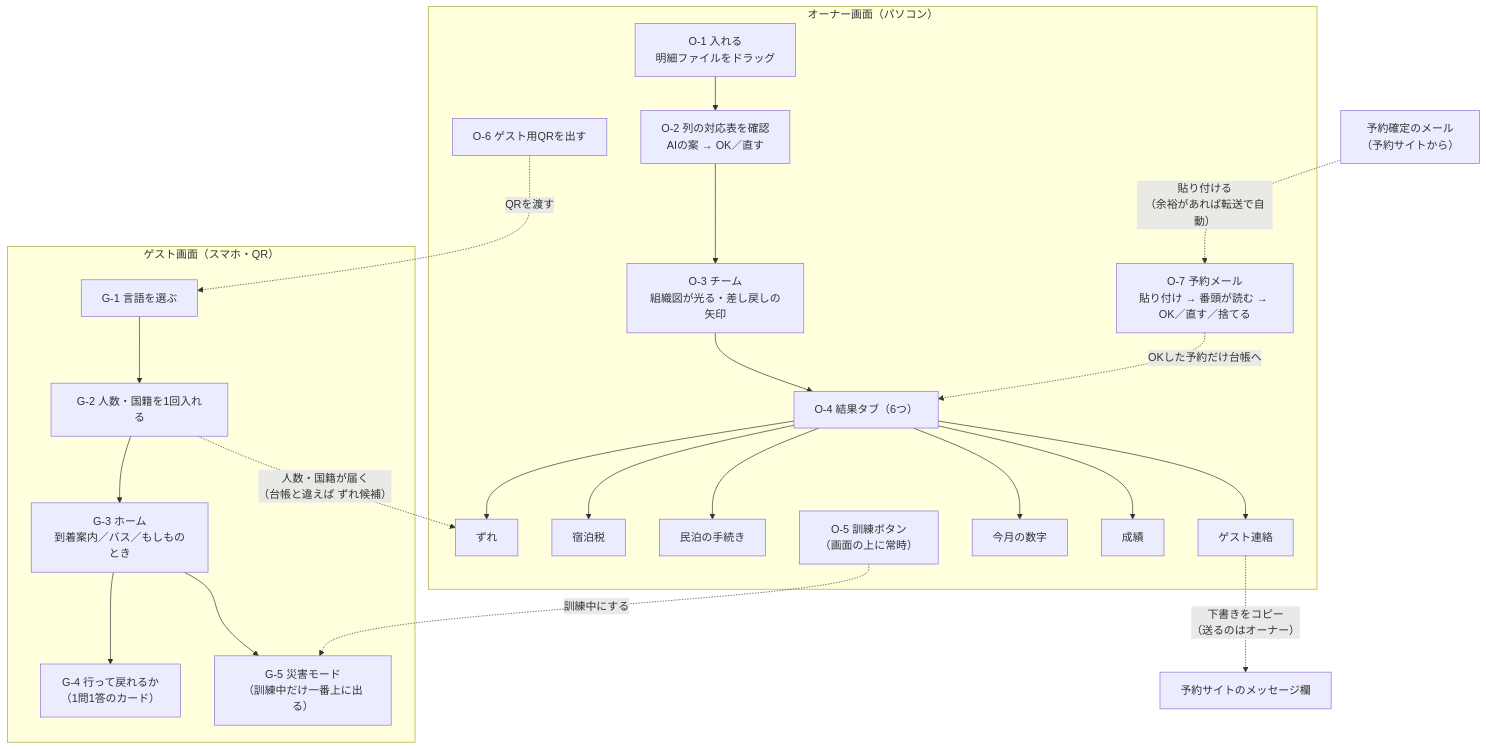
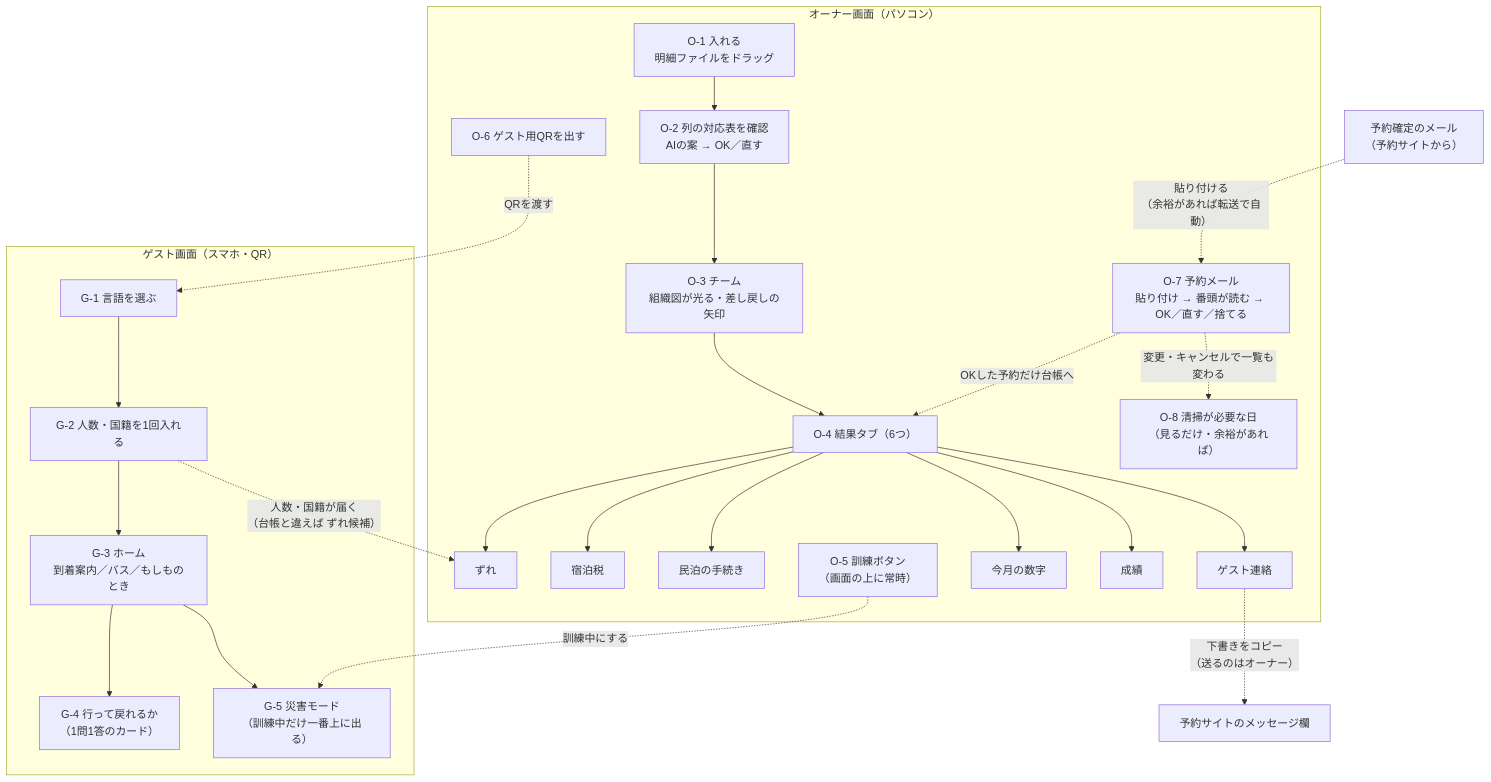
The first of 2 diagrams in docs/01_画面一覧.md (Daisuke000017/ai-banto), drawn with Mermaid before and after one commit. The commit also changed other lines of this file and 2 other files, not shown here.

````diff
--- a/docs/01_画面一覧.md
+++ b/docs/01_画面一覧.md
@@ -19,31 +19,33 @@
 ```mermaid
 flowchart TD
   subgraph OWNER["オーナー画面（パソコン）"]
     O1["O-1 入れる<br/>明細ファイルをドラッグ"] --> O2["O-2 列の対応表を確認<br/>AIの案 → OK／直す"]
     O2 --> O3["O-3 チーム<br/>組織図が光る・差し戻しの矢印"]
     O3 --> O4["O-4 結果タブ（6つ）"]
     O4 --> T1["ずれ"]
     O4 --> T2["宿泊税"]
     O4 --> T3["民泊の手続き"]
     O4 --> T4["ゲスト連絡"]
     O4 --> T5["今月の数字"]
     O4 --> T6["成績"]
     O5["O-5 訓練ボタン<br/>（画面の上に常時）"]
     O6["O-6 ゲスト用QRを出す"]
     O7["O-7 予約メール<br/>貼り付け → 番頭が読む → OK／直す／捨てる"]
+    O8["O-8 清掃が必要な日<br/>（見るだけ・余裕があれば）"]
   end
 
   subgraph GUEST["ゲスト画面（スマホ・QR）"]
     G1["G-1 言語を選ぶ"] --> G2["G-2 人数・国籍を1回入れる"]
     G2 --> G3["G-3 ホーム<br/>到着案内／バス／もしものとき"]
     G3 --> G4["G-4 行って戻れるか<br/>（1問1答のカード）"]
     G3 --> G5["G-5 災害モード<br/>（訓練中だけ一番上に出る）"]
   end
 
   O6 -. "QRを渡す" .-> G1
   MAIL["予約確定のメール<br/>（予約サイトから）"] -. "貼り付ける<br/>（余裕があれば転送で自動）" .-> O7
   O7 -. "OKした予約だけ台帳へ" .-> O4
+  O7 -. "変更・キャンセルで一覧も変わる" .-> O8
   G2 -. "人数・国籍が届く<br/>（台帳と違えば ずれ候補）" .-> T1
   O5 -. "訓練中にする" .-> G5
   T4 -. "下書きをコピー<br/>（送るのはオーナー）" .-> X["予約サイトのメッセージ欄"]
 ```
````
